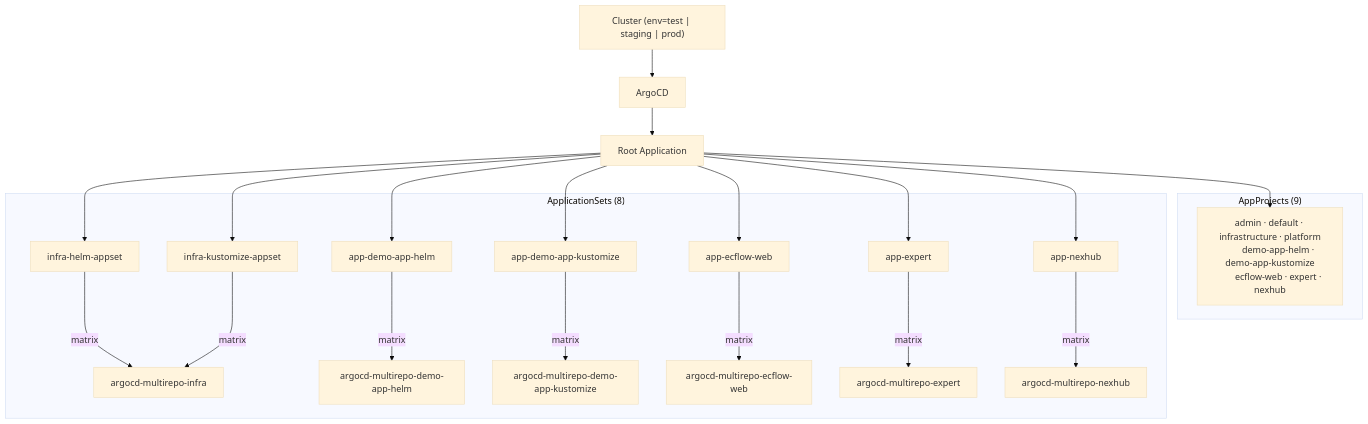
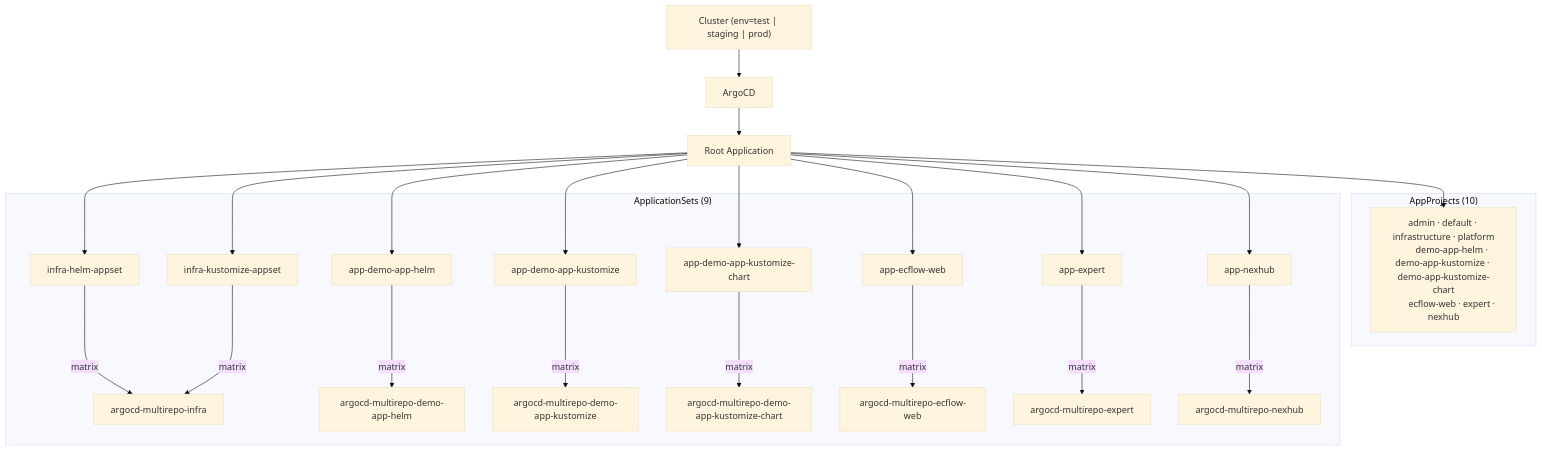
One commit to recmanj/argocd-multirepo-root changed the diagram in README.md. Above: the diagram before and after it, drawn with Mermaid (base theme). The commit also changed other lines of this file and 2 other files, not shown here.

Commit message:
Add kustomize+helm app

````diff
--- a/README.md
+++ b/README.md
@@ -22,29 +23,30 @@
 ```mermaid
 graph TD
     cluster["Cluster (env=test | staging | prod)"]
     argocd[ArgoCD]
     root["Root Application"]
 
     cluster --> argocd --> root
 
-    subgraph "AppProjects (9)"
+    subgraph "AppProjects (10)"
         projects["admin · default · infrastructure · platform
-        demo-app-helm · demo-app-kustomize
+        demo-app-helm · demo-app-kustomize · demo-app-kustomize-chart
         ecflow-web · expert · nexhub"]
     end
 
-    subgraph "ApplicationSets (8)"
+    subgraph "ApplicationSets (9)"
         infra-helm-appset -->|matrix| infra[argocd-multirepo-infra]
         infra-kustomize-appset -->|matrix| infra
         app-demo-app-helm -->|matrix| helm[argocd-multirepo-demo-app-helm]
         app-demo-app-kustomize -->|matrix| kust[argocd-multirepo-demo-app-kustomize]
+        app-demo-app-kustomize-chart -->|matrix| kustchart[argocd-multirepo-demo-app-kustomize-chart]
         app-ecflow-web -->|matrix| ecflow[argocd-multirepo-ecflow-web]
         app-expert -->|matrix| expert[argocd-multirepo-expert]
         app-nexhub -->|matrix| nexhub[argocd-multirepo-nexhub]
     end
 
     root --> projects
     root --> infra-helm-appset & infra-kustomize-appset
-    root --> app-demo-app-helm & app-demo-app-kustomize
+    root --> app-demo-app-helm & app-demo-app-kustomize & app-demo-app-kustomize-chart
     root --> app-ecflow-web & app-expert & app-nexhub
 ```
````
